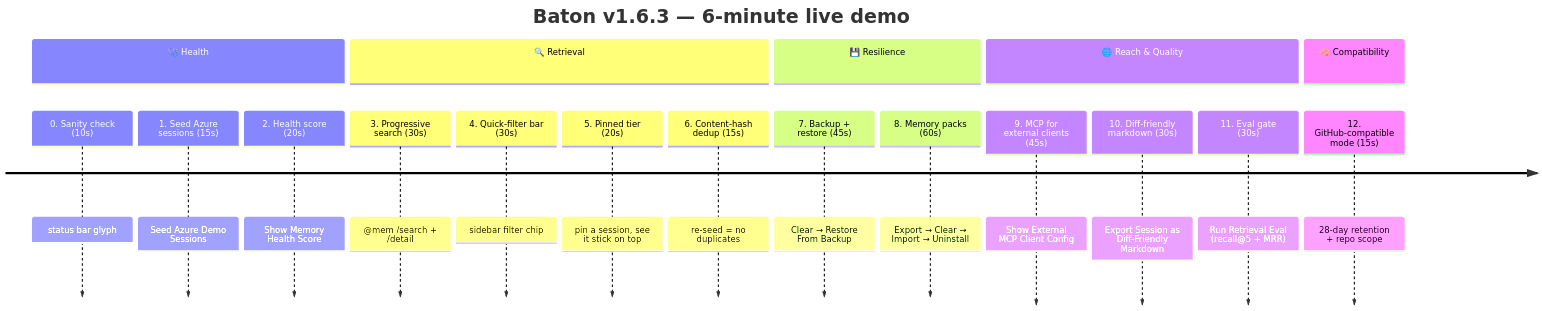
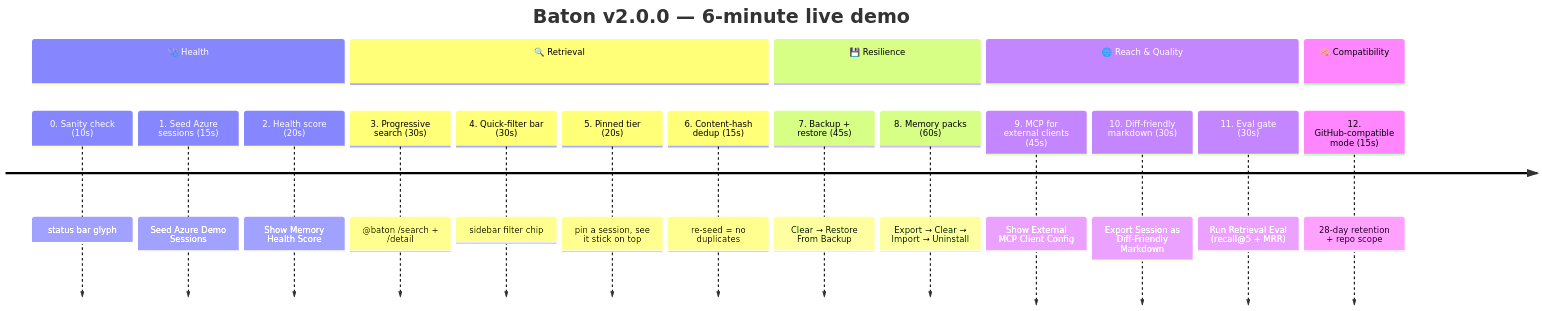
The first of 5 diagrams in docs/DEMO.md (Oluseyi-Kofoworola/ghcp-mem), drawn with Mermaid before and after one commit. The commit also changed other lines of this file and 26 other files, not shown here.

````diff
--- a/docs/DEMO.md
+++ b/docs/DEMO.md
@@ -20,22 +20,22 @@
 ```mermaid
 timeline
-    title Baton v1.6.3 — 6-minute live demo
+    title Baton v2.0.0 — 6-minute live demo
     section 🩺 Health
         0. Sanity check (10s)              : status bar glyph
         1. Seed Azure sessions (15s)       : Seed Azure Demo Sessions
         2. Health score (20s)              : Show Memory Health Score
     section 🔍 Retrieval
-        3. Progressive search (30s)        : @mem /search + /detail
+        3. Progressive search (30s)        : @baton /search + /detail
         4. Quick-filter bar (30s)          : sidebar filter chip
         5. Pinned tier (20s)               : pin a session, see it stick on top
         6. Content-hash dedup (15s)        : re-seed = no duplicates
     section 💾 Resilience
         7. Backup + restore (45s)          : Clear → Restore From Backup
         8. Memory packs (60s)              : Export → Clear → Import → Uninstall
     section 🌐 Reach & Quality
         9. MCP for external clients (45s)  : Show External MCP Client Config
         10. Diff-friendly markdown (30s)   : Export Session as Diff-Friendly Markdown
         11. Eval gate (30s)                : Run Retrieval Eval (recall@5 + MRR)
     section 🧠 Compatibility
         12. GitHub-compatible mode (15s)   : 28-day retention + repo scope
 ```
````
